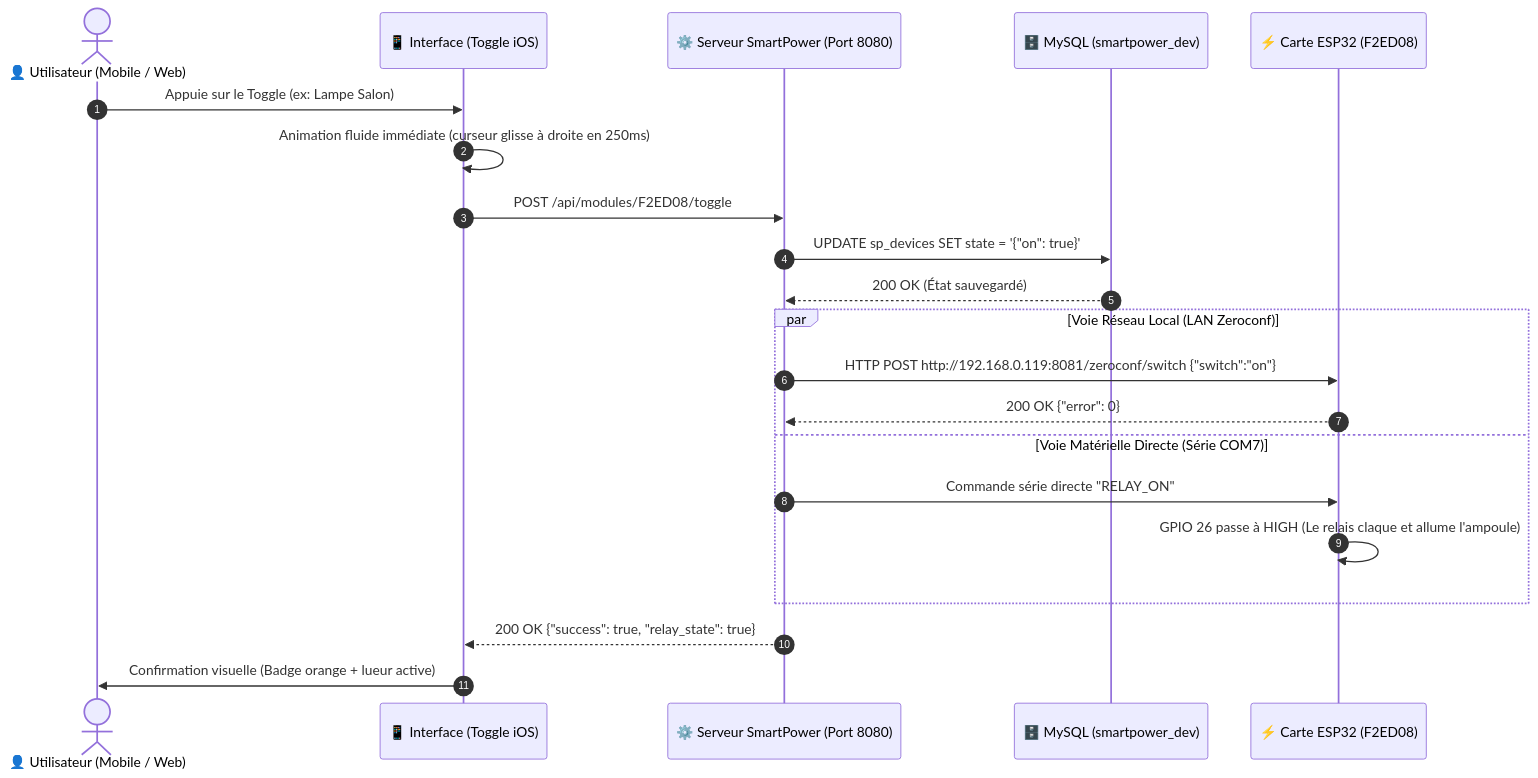
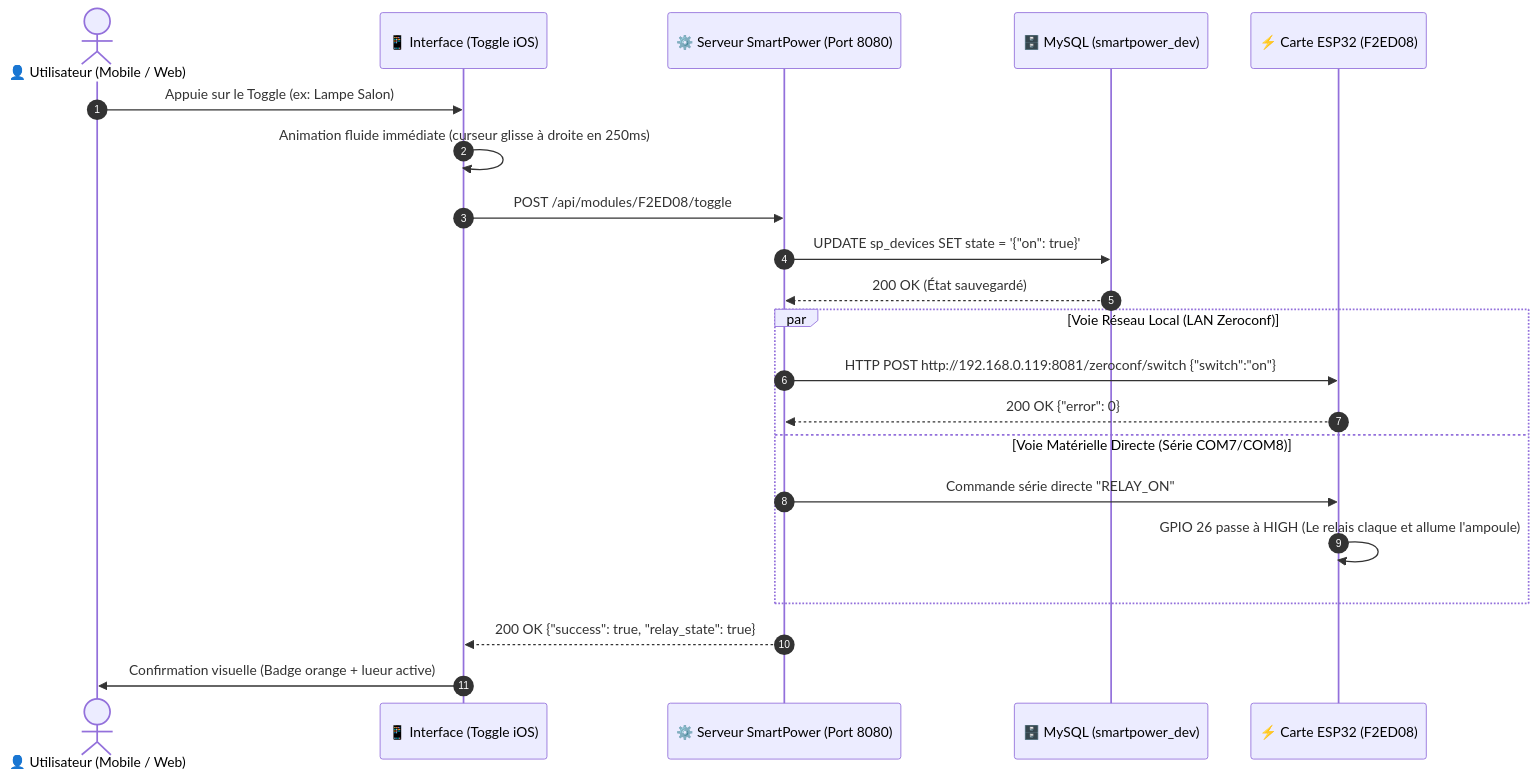
Before and after one commit to yassinazouzi/Smart-Power.tn: the third of 5 diagrams in docs/SAAS_ARCHITECTURE.md, drawn with Mermaid. The commit also changed other lines of this file and 3 other files, not shown here.

Commit message:
feat: embed autonomous MQTT Broker on port 1883 and integrate in SaaS architecture

````diff
--- a/docs/SAAS_ARCHITECTURE.md
+++ b/docs/SAAS_ARCHITECTURE.md
@@ -194,27 +267,27 @@
 ```mermaid
 sequenceDiagram
     autonumber
     actor User as 👤 Utilisateur (Mobile / Web)
     participant UI as 📱 Interface (Toggle iOS)
     participant Server as ⚙️ Serveur SmartPower (Port 8080)
     participant DB as 🗄️ MySQL (smartpower_dev)
     participant ESP as ⚡ Carte ESP32 (F2ED08)
 
     User->>UI: Appuie sur le Toggle (ex: Lampe Salon)
     UI->>UI: Animation fluide immédiate (curseur glisse à droite en 250ms)
     UI->>Server: POST /api/modules/F2ED08/toggle
     
     Server->>DB: UPDATE sp_devices SET state = '{"on": true}'
     DB-->>Server: 200 OK (État sauvegardé)
 
     par Voie Réseau Local (LAN Zeroconf)
         Server->>ESP: HTTP POST http://192.168.0.119:8081/zeroconf/switch {"switch":"on"}
         ESP-->>Server: 200 OK {"error": 0}
-    and Voie Matérielle Directe (Série COM7)
+    and Voie Matérielle Directe (Série COM7/COM8)
         Server->>ESP: Commande série directe "RELAY_ON"
         ESP->>ESP: GPIO 26 passe à HIGH (Le relais claque et allume l'ampoule)
     end
 
     Server-->>UI: 200 OK {"success": true, "relay_state": true}
     UI->>User: Confirmation visuelle (Badge orange + lueur active)
 ```
````
